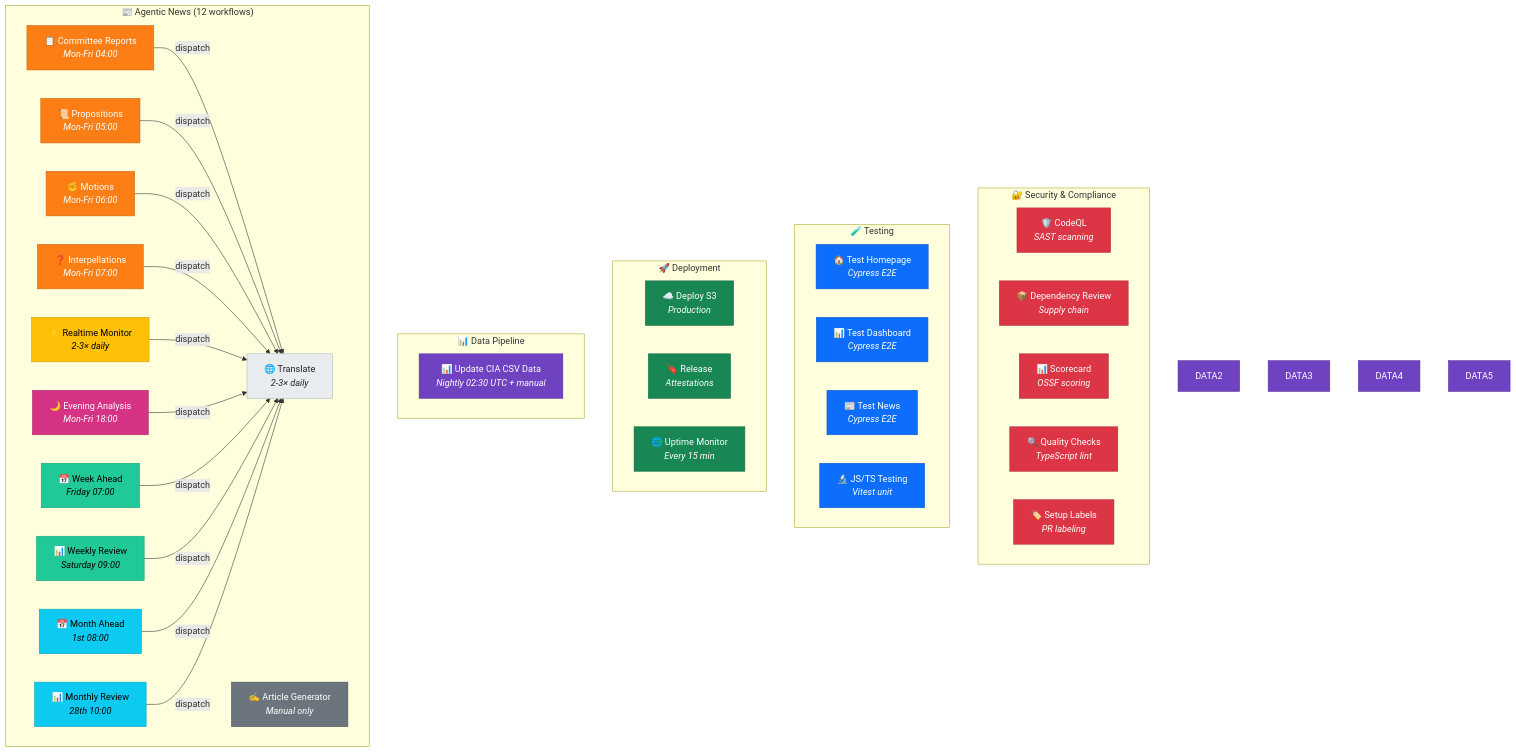
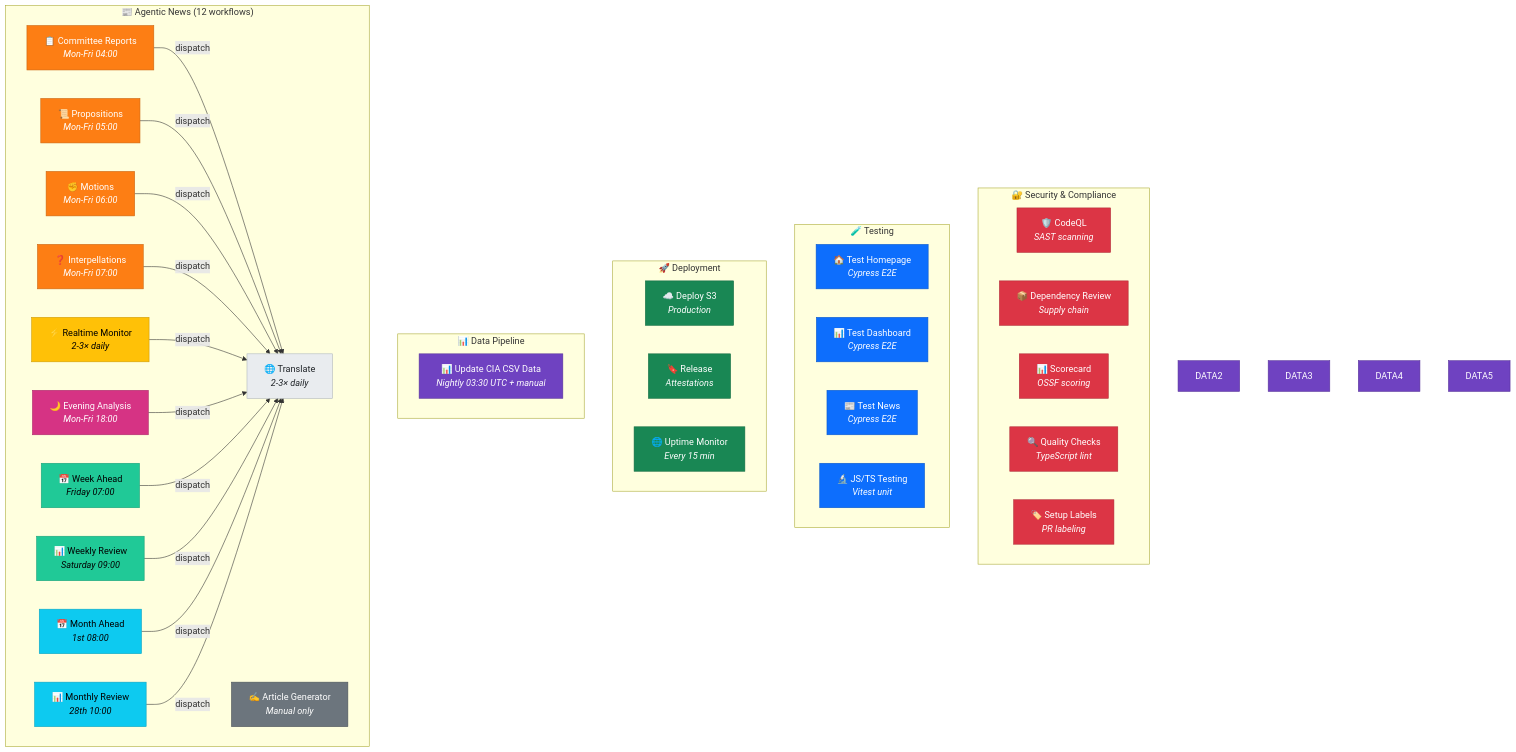
The third of 13 diagrams in WORKFLOWS.md (Hack23/riksdagsmonitor), drawn with Mermaid before and after one commit. The commit also changed other lines of this file and 1 other file, not shown here.

````diff
--- a/WORKFLOWS.md
+++ b/WORKFLOWS.md
@@ -205,75 +205,75 @@
 ```mermaid
 graph TB
     subgraph "🔐 Security & Compliance"
         SEC1["🛡️ CodeQL<br/><i>SAST scanning</i>"]
         SEC2["📦 Dependency Review<br/><i>Supply chain</i>"]
         SEC3["📊 Scorecard<br/><i>OSSF scoring</i>"]
         SEC4["🔍 Quality Checks<br/><i>TypeScript lint</i>"]
         SEC5["🏷️ Setup Labels<br/><i>PR labeling</i>"]
     end
 
     subgraph "🧪 Testing"
         TEST1["🏠 Test Homepage<br/><i>Cypress E2E</i>"]
         TEST2["📊 Test Dashboard<br/><i>Cypress E2E</i>"]
         TEST3["📰 Test News<br/><i>Cypress E2E</i>"]
         TEST4["🔬 JS/TS Testing<br/><i>Vitest unit</i>"]
     end
 
     subgraph "🚀 Deployment"
         DEP1["☁️ Deploy S3<br/><i>Production</i>"]
         DEP2["🔖 Release<br/><i>Attestations</i>"]
         DEP3["🌐 Uptime Monitor<br/><i>Every 15 min</i>"]
     end
 
     subgraph "📊 Data Pipeline"
-        DATA1["📊 Update CIA CSV Data<br/><i>Nightly 02:30 UTC + manual</i>"]
+        DATA1["📊 Update CIA CSV Data<br/><i>Nightly 03:30 UTC + manual</i>"]
     end
 
     subgraph "📰 Agentic News (12 workflows)"
         NEWS1["📋 Committee Reports<br/><i>Mon-Fri 04:00</i>"]
         NEWS2["📜 Propositions<br/><i>Mon-Fri 05:00</i>"]
         NEWS3["✊ Motions<br/><i>Mon-Fri 06:00</i>"]
         NEWS4["❓ Interpellations<br/><i>Mon-Fri 07:00</i>"]
         NEWS5["⚡ Realtime Monitor<br/><i>2-3× daily</i>"]
         NEWS6["🌙 Evening Analysis<br/><i>Mon-Fri 18:00</i>"]
         NEWS7["📅 Week Ahead<br/><i>Friday 07:00</i>"]
         NEWS8["📊 Weekly Review<br/><i>Saturday 09:00</i>"]
         NEWS9["📅 Month Ahead<br/><i>1st 08:00</i>"]
         NEWS10["📊 Monthly Review<br/><i>28th 10:00</i>"]
         NEWS11["🌐 Translate<br/><i>2-3× daily</i>"]
         NEWS12["✍️ Article Generator<br/><i>Manual only</i>"]
     end
 
     NEWS1 & NEWS2 & NEWS3 & NEWS4 & NEWS5 & NEWS6 -->|"dispatch"| NEWS11
     NEWS7 & NEWS8 & NEWS9 & NEWS10 -->|"dispatch"| NEWS11
 
     style SEC1 fill:#dc3545,color:#fff,stroke:#b02a37
     style SEC2 fill:#dc3545,color:#fff,stroke:#b02a37
     style SEC3 fill:#dc3545,color:#fff,stroke:#b02a37
     style SEC4 fill:#dc3545,color:#fff,stroke:#b02a37
     style SEC5 fill:#dc3545,color:#fff,stroke:#b02a37
     style TEST1 fill:#0d6efd,color:#fff,stroke:#0a58ca
     style TEST2 fill:#0d6efd,color:#fff,stroke:#0a58ca
     style TEST3 fill:#0d6efd,color:#fff,stroke:#0a58ca
     style TEST4 fill:#0d6efd,color:#fff,stroke:#0a58ca
     style DEP1 fill:#198754,color:#fff,stroke:#146c43
     style DEP2 fill:#198754,color:#fff,stroke:#146c43
     style DEP3 fill:#198754,color:#fff,stroke:#146c43
     style DATA1 fill:#6f42c1,color:#fff,stroke:#59359a
     style DATA2 fill:#6f42c1,color:#fff,stroke:#59359a
     style DATA3 fill:#6f42c1,color:#fff,stroke:#59359a
     style DATA4 fill:#6f42c1,color:#fff,stroke:#59359a
     style DATA5 fill:#6f42c1,color:#fff,stroke:#59359a
     style NEWS1 fill:#fd7e14,color:#fff,stroke:#ca6510
     style NEWS2 fill:#fd7e14,color:#fff,stroke:#ca6510
     style NEWS3 fill:#fd7e14,color:#fff,stroke:#ca6510
     style NEWS4 fill:#fd7e14,color:#fff,stroke:#ca6510
     style NEWS5 fill:#ffc107,color:#000,stroke:#cc9a06
     style NEWS6 fill:#d63384,color:#fff,stroke:#ab296a
     style NEWS7 fill:#20c997,color:#000,stroke:#1aa179
     style NEWS8 fill:#20c997,color:#000,stroke:#1aa179
     style NEWS9 fill:#0dcaf0,color:#000,stroke:#0aa2c0
     style NEWS10 fill:#0dcaf0,color:#000,stroke:#0aa2c0
     style NEWS11 fill:#e9ecef,color:#212529,stroke:#adb5bd
     style NEWS12 fill:#6c757d,color:#fff,stroke:#495057
 ```
````
